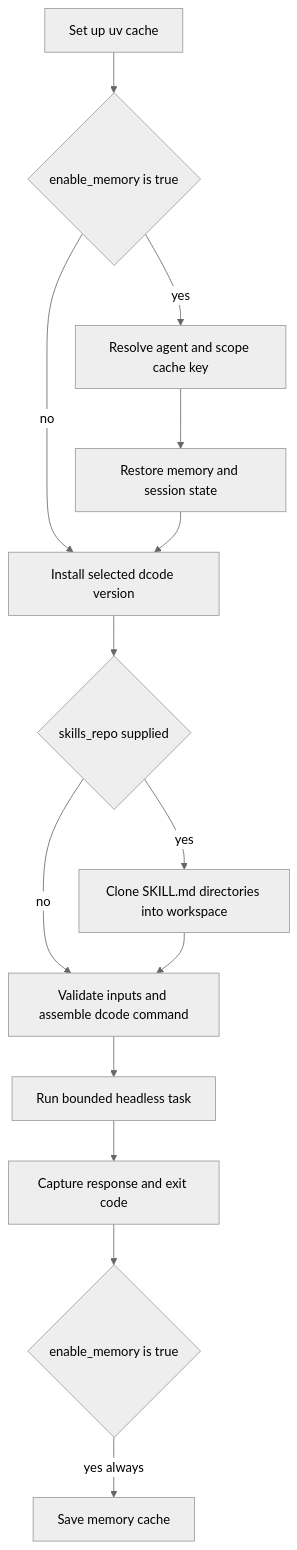
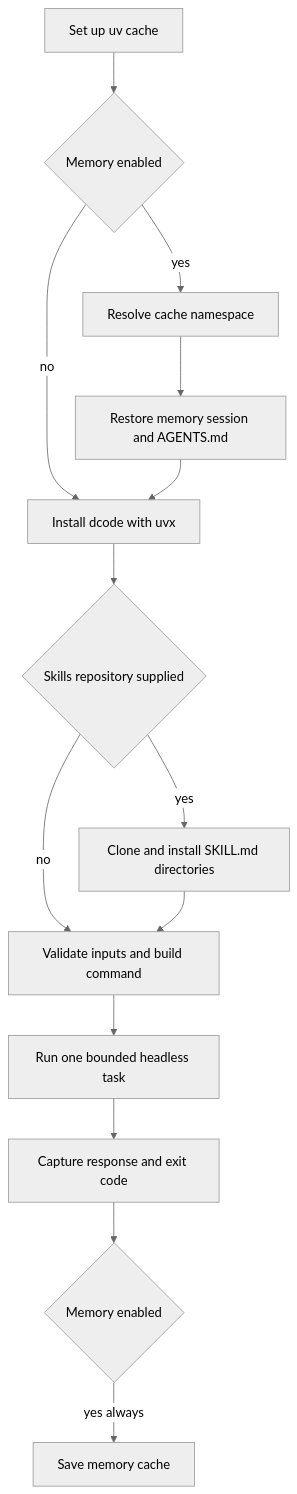
One commit to langchain-ai/deepagents changed the diagram in openwiki/integrations/github-action.md. Above: the diagram before and after it, drawn with Mermaid (neutral theme). The commit also changed other lines of this file and 62 other files, not shown here.

````diff
--- a/openwiki/integrations/github-action.md
+++ b/openwiki/integrations/github-action.md
@@ -55,16 +55,16 @@
 ```mermaid
 flowchart TD
-    Setup["Set up uv cache"] --> Memory{"enable_memory is true"}
-    Memory -->|"yes"| Key["Resolve agent and scope cache key"]
-    Key --> Restore["Restore memory and session state"]
-    Memory -->|"no"| Install["Install selected dcode version"]
+    Setup["Set up uv cache"] --> Memory{"Memory enabled"}
+    Memory -->|"yes"| Key["Resolve cache namespace"]
+    Key --> Restore["Restore memory session and AGENTS.md"]
+    Memory -->|"no"| Install["Install dcode with uvx"]
     Restore --> Install
-    Install --> Skills{"skills_repo supplied"}
-    Skills -->|"yes"| Clone["Clone SKILL.md directories into workspace"]
-    Skills -->|"no"| Assemble["Validate inputs and assemble dcode command"]
-    Clone --> Assemble
-    Assemble --> Run["Run bounded headless task"]
-    Run --> Outputs["Capture response and exit code"]
-    Outputs --> Save{"enable_memory is true"}
+    Install --> Skills{"Skills repository supplied"}
+    Skills -->|"yes"| Clone["Clone and install SKILL.md directories"]
+    Skills -->|"no"| Validate["Validate inputs and build command"]
+    Clone --> Validate
+    Validate --> Invoke["Run one bounded headless task"]
+    Invoke --> Capture["Capture response and exit code"]
+    Capture --> Save{"Memory enabled"}
     Save -->|"yes always"| Persist["Save memory cache"]
 ```
````
